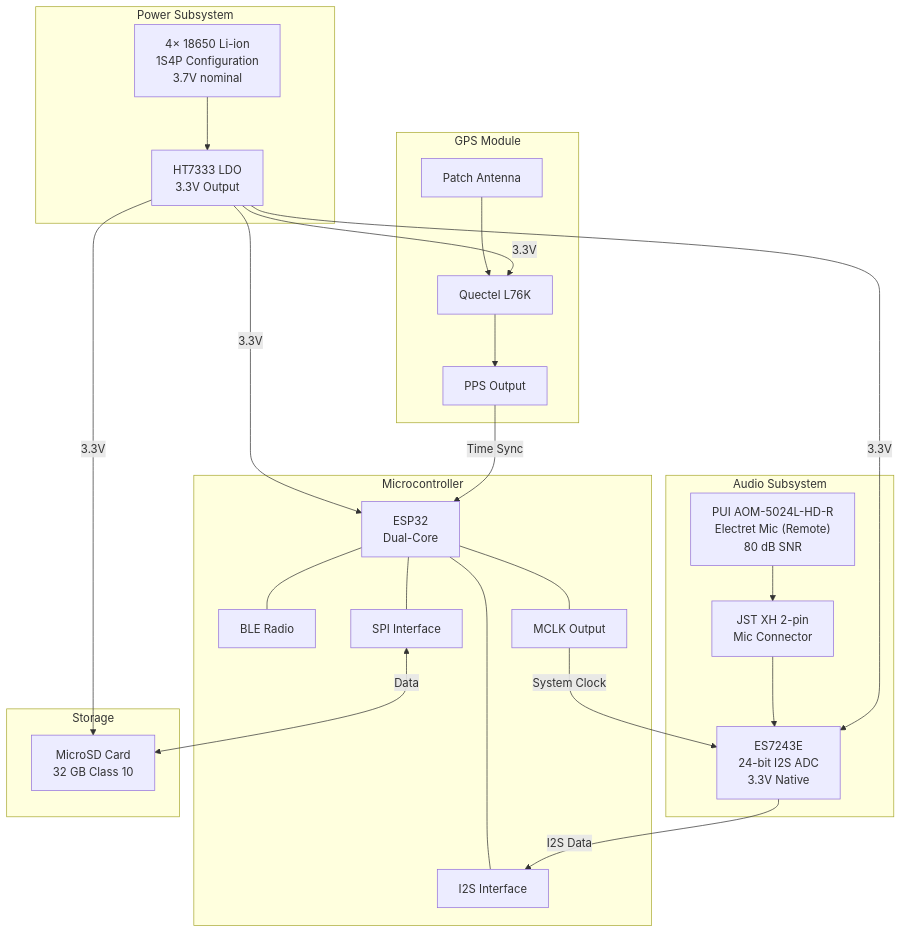
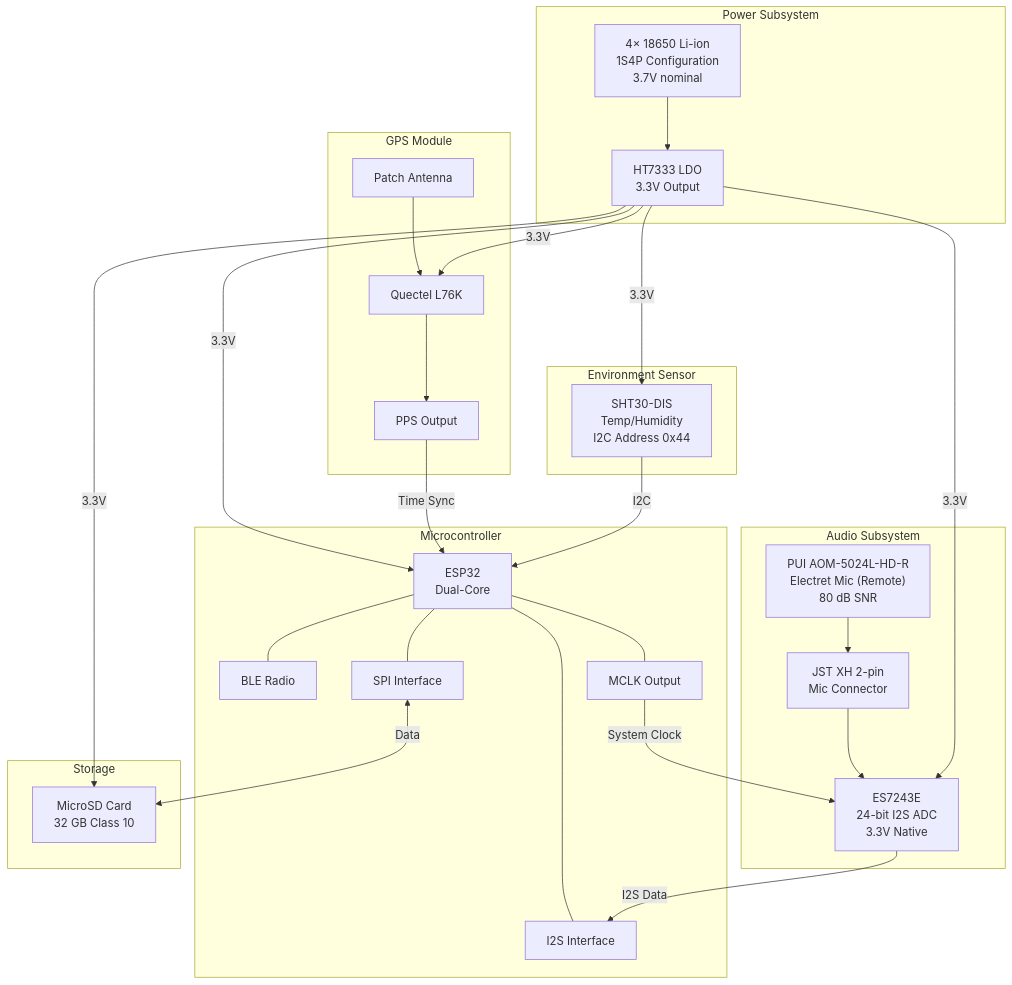
One commit to chriskinal/QuailTracker changed the first of 7 diagrams in QuailARU_Design_Document.md. Above: the diagram before and after it, drawn with Mermaid. The commit also changed other lines of this file and 2 other files, not shown here.

First line of the commit message:
Update design docs with ES7243E circuit corrections and SHT30 sensor

````diff
--- a/QuailARU_Design_Document.md
+++ b/QuailARU_Design_Document.md
@@ -47,49 +47,55 @@
 ```mermaid
 flowchart TB
     subgraph Power["Power Subsystem"]
         BAT["4× 18650 Li-ion<br/>1S4P Configuration<br/>3.7V nominal"]
         LDO["HT7333 LDO<br/>3.3V Output"]
         BAT --> LDO
     end
 
     subgraph GPS["GPS Module"]
         L76K["Quectel L76K"]
         ANT["Patch Antenna"]
         PPS["PPS Output"]
         ANT --> L76K
         L76K --> PPS
     end
 
     subgraph MCU["Microcontroller"]
         ESP["ESP32<br/>Dual-Core"]
         BLE["BLE Radio"]
         I2S["I2S Interface"]
         SPI["SPI Interface"]
         MCLK["MCLK Output"]
         ESP --- BLE
         ESP --- I2S
         ESP --- SPI
         ESP --- MCLK
     end
 
     subgraph Audio["Audio Subsystem"]
         MIC["PUI AOM-5024L-HD-R<br/>Electret Mic (Remote)<br/>80 dB SNR"]
         CONN["JST XH 2-pin<br/>Mic Connector"]
         ADC["ES7243E<br/>24-bit I2S ADC<br/>3.3V Native"]
         MIC --> CONN --> ADC
     end
 
     subgraph Storage["Storage"]
         SD["MicroSD Card<br/>32 GB Class 10"]
     end
 
+    subgraph Environment["Environment Sensor"]
+        SHT30["SHT30-DIS<br/>Temp/Humidity<br/>I2C Address 0x44"]
+    end
+
     LDO -->|3.3V| ESP
     LDO -->|3.3V| ADC
     LDO -->|3.3V| L76K
     LDO -->|3.3V| SD
+    LDO -->|3.3V| SHT30
 
     PPS -->|Time Sync| ESP
     ADC -->|I2S Data| I2S
     MCLK -->|System Clock| ADC
     SPI <-->|Data| SD
+    SHT30 -->|I2C| ESP
 ```
````
